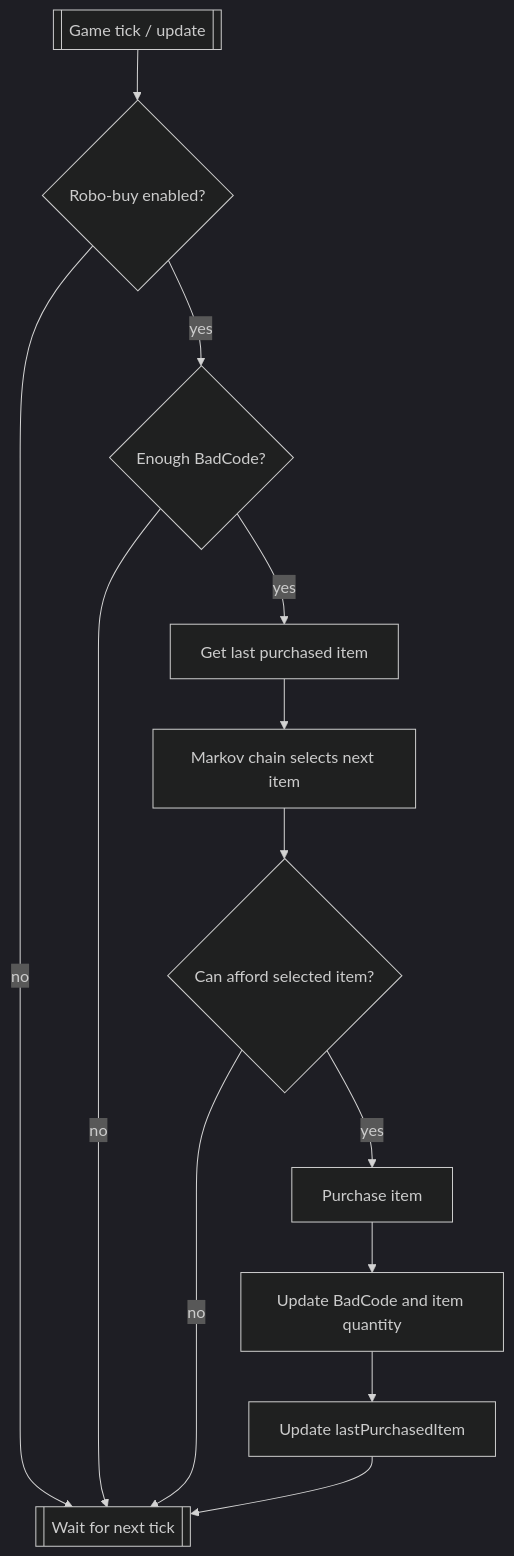
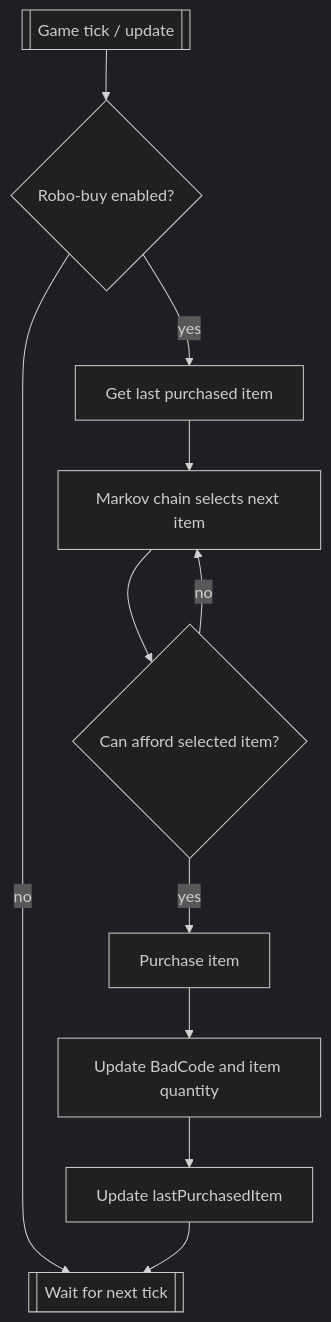
The seventh of 7 diagrams in flows.md (MoulikB/2452-project), drawn with Mermaid (dark theme) before and after one commit. The commit also changed 6 other files, not shown here.

````diff
--- a/flows.md
+++ b/flows.md
@@ -139,30 +139,26 @@
 ```mermaid
 flowchart TD
     start[[Game tick / update]]
     checkToggle{Robo-buy enabled?}
-    checkMoney{Enough BadCode?}
     getLast[Get last purchased item]
     markov[Markov chain selects next item]
     canAfford{Can afford selected item?}
     buy[Purchase item]
     update[Update BadCode and item quantity]
     save[Update lastPurchasedItem]
     endTick[[Wait for next tick]]
 
     start --> checkToggle
     checkToggle -- no --> endTick
-    checkToggle -- yes --> checkMoney
-
-    checkMoney -- no --> endTick
-    checkMoney -- yes --> getLast
+    checkToggle -- yes --> getLast
 
     getLast --> markov
     markov --> canAfford
 
-    canAfford -- no --> endTick
+    canAfford -- no --> markov
     canAfford -- yes --> buy
 
     buy --> update
     update --> save
     save --> endTick
 ```
````
